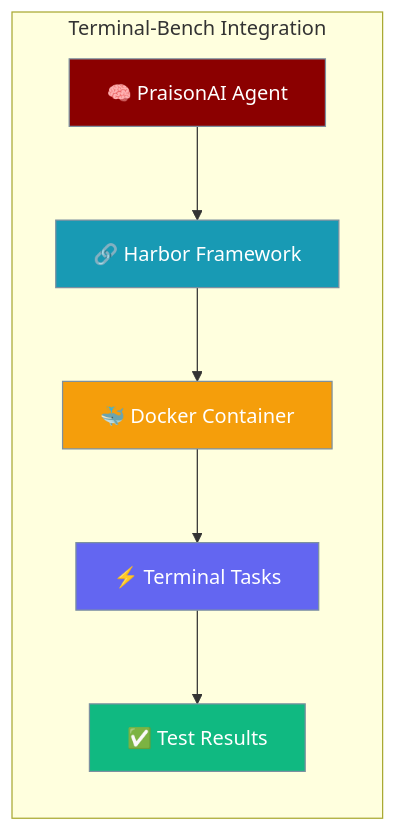
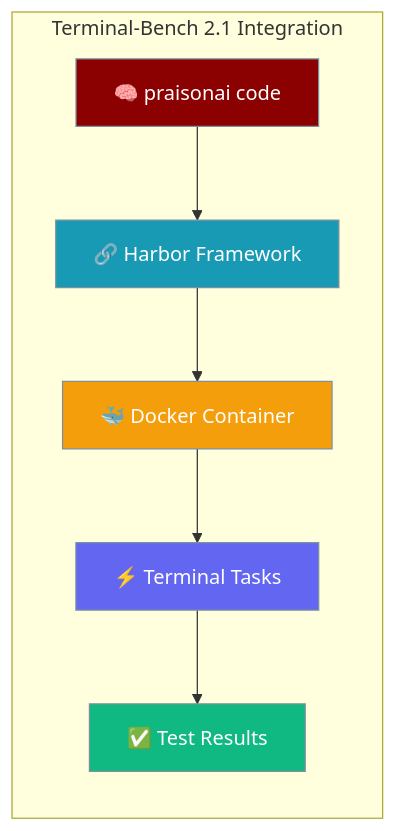
One commit to MervinPraison/PraisonAIDocs changed the first of 2 diagrams in docs/features/terminal-bench.mdx. Above: the diagram before and after it, drawn with Mermaid. The commit also changed other lines of this file, not shown here.

Commit message:
docs: update Terminal-Bench integration for 2.1 + praisonai code adapter (fixes #2240)

````diff
--- a/docs/features/terminal-bench.mdx
+++ b/docs/features/terminal-bench.mdx
@@ -25,21 +18,21 @@
 ```mermaid
 graph LR
-    subgraph "Terminal-Bench Integration"
-        A[🧠 PraisonAI Agent] --> B[🔗 Harbor Framework]
+    subgraph "Terminal-Bench 2.1 Integration"
+        A[🧠 praisonai code] --> B[🔗 Harbor Framework]
         B --> C[🐳 Docker Container]
         C --> D[⚡ Terminal Tasks]
         D --> E[✅ Test Results]
     end
-    
+
     classDef agent fill:#8B0000,stroke:#7C90A0,color:#fff
     classDef framework fill:#189AB4,stroke:#7C90A0,color:#fff
     classDef container fill:#F59E0B,stroke:#7C90A0,color:#fff
     classDef tasks fill:#6366F1,stroke:#7C90A0,color:#fff
     classDef results fill:#10B981,stroke:#7C90A0,color:#fff
-    
+
     class A agent
     class B framework
     class C container
     class D tasks
     class E results
 ```
````
